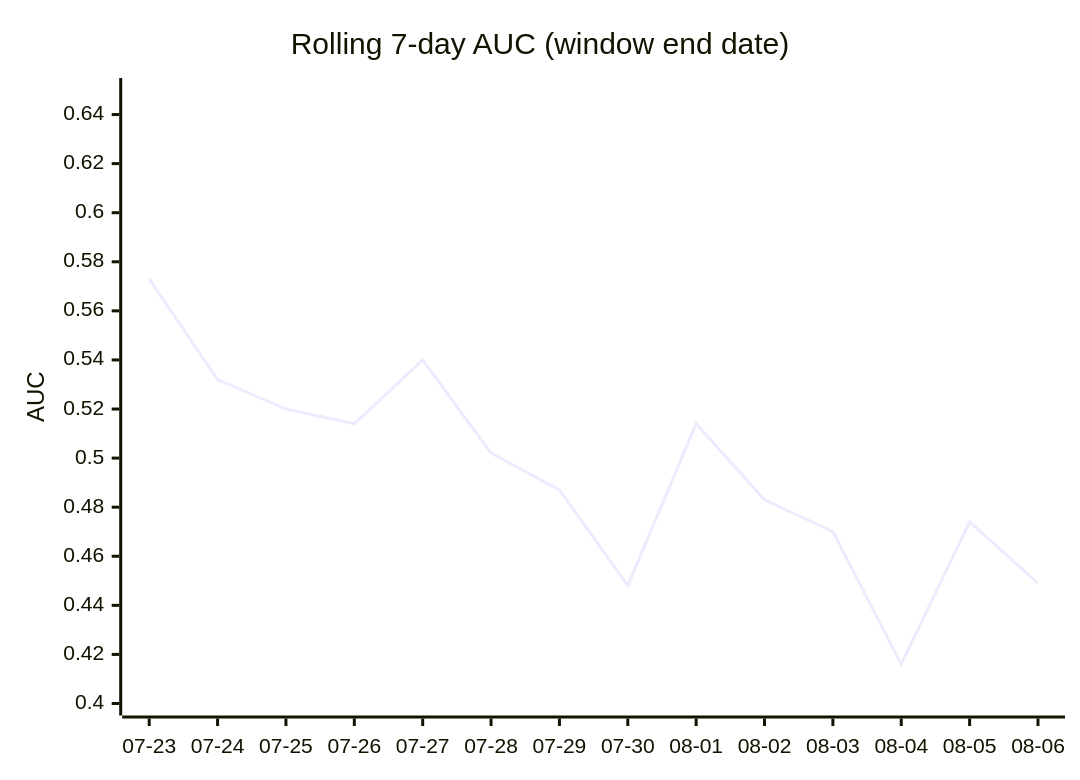
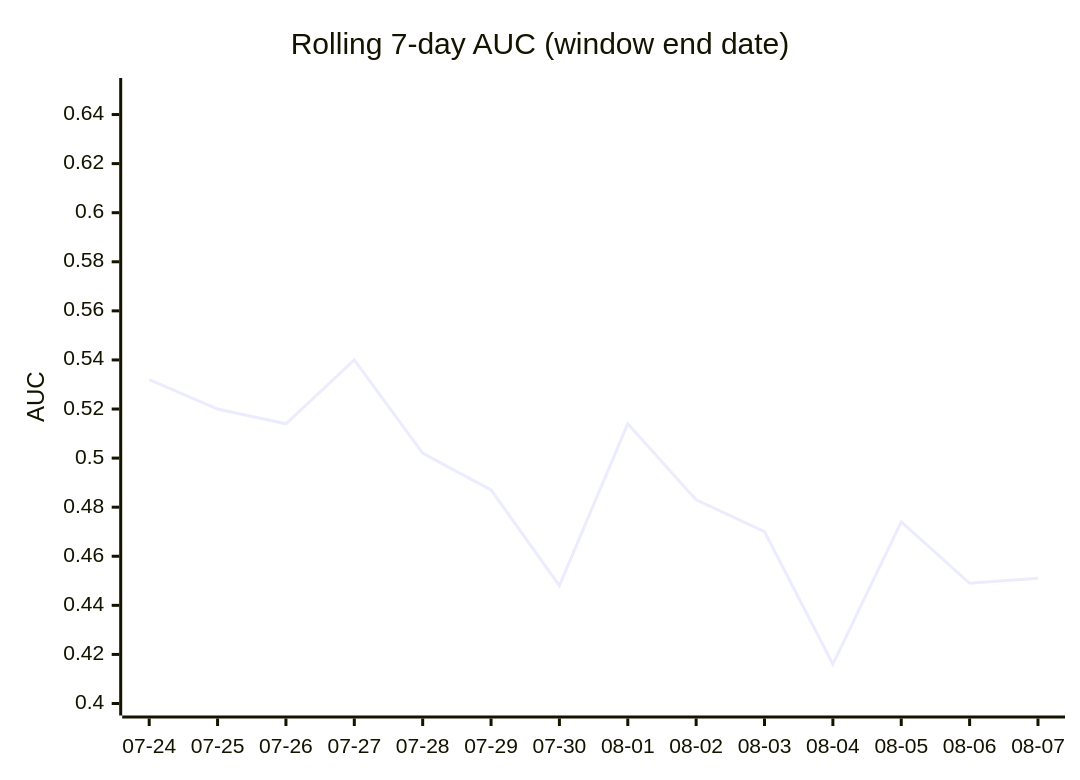
One commit to dpk1212/nhl-savant changed the third of 4 diagrams in DAILY_AGSU_REPORT.md. Above: the diagram before and after it, drawn with Mermaid. The commit also changed other lines of this file, not shown here.

````diff
--- a/DAILY_AGSU_REPORT.md
+++ b/DAILY_AGSU_REPORT.md
@@ -781,7 +784,7 @@
 ```mermaid
 xychart-beta
     title "Rolling 7-day AUC (window end date)"
-    x-axis ["07-23", "07-24", "07-25", "07-26", "07-27", "07-28", "07-29", "07-30", "08-01", "08-02", "08-03", "08-04", "08-05", "08-06"]
+    x-axis ["07-24", "07-25", "07-26", "07-27", "07-28", "07-29", "07-30", "08-01", "08-02", "08-03", "08-04", "08-05", "08-06", "08-07"]
     y-axis "AUC" 0.4 --> 0.65
-    line [0.573, 0.532, 0.52, 0.514, 0.54, 0.502, 0.487, 0.448, 0.514, 0.483, 0.47, 0.416, 0.474, 0.449]
+    line [0.532, 0.52, 0.514, 0.54, 0.502, 0.487, 0.448, 0.514, 0.483, 0.47, 0.416, 0.474, 0.449, 0.451]
 ```
````
